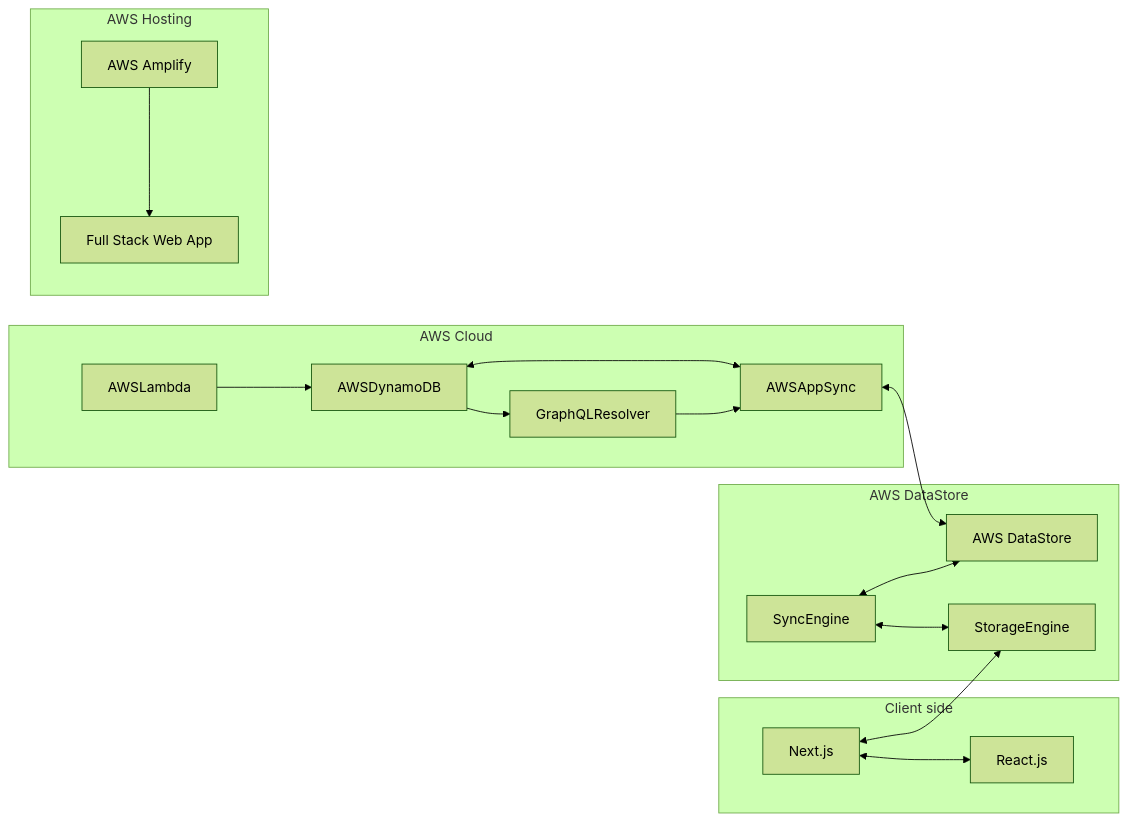
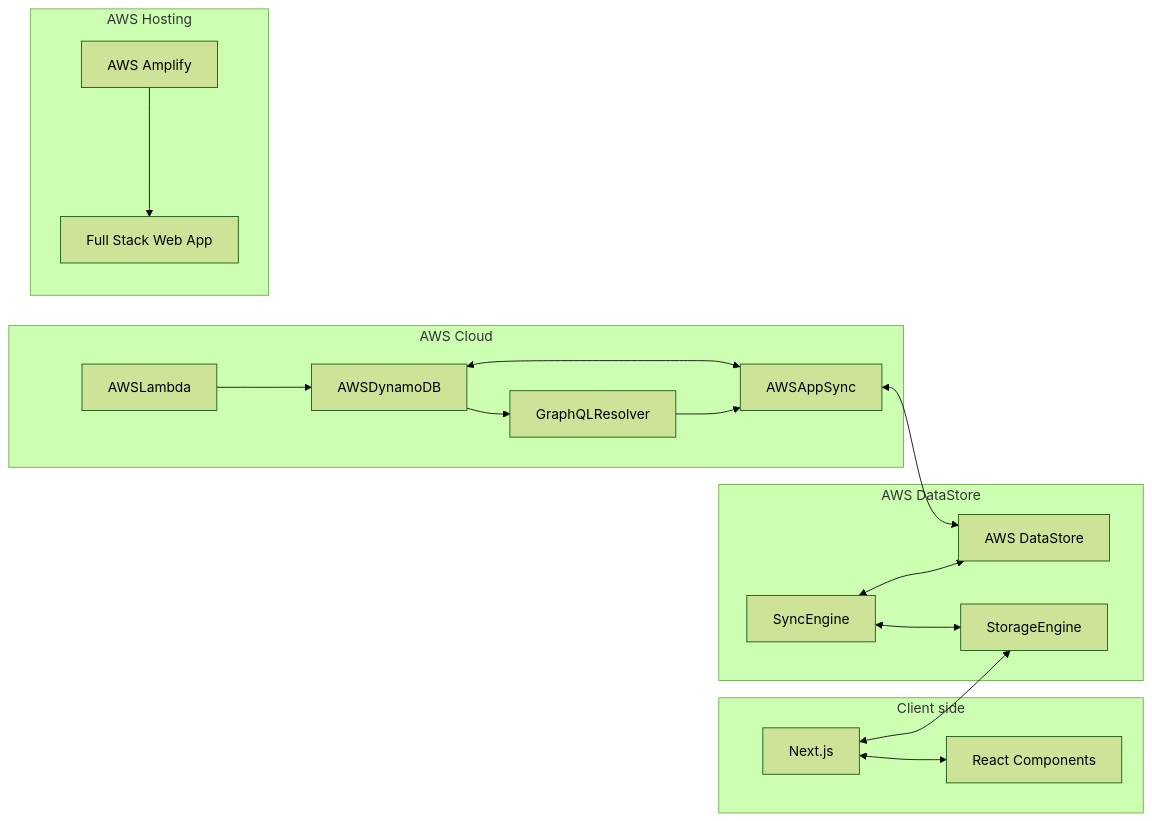
One commit to Sardor-M/Quote-Pulse changed the diagram in README.md. Above: the diagram before and after it, drawn with Mermaid (forest theme).

Commit message:
minor issue: fixed

````diff
--- a/README.md
+++ b/README.md
@@ -26,30 +26,30 @@
 ```mermaid
 graph LR
   subgraph "Client side"
-    React[React.js]
+    React[React Components]
     Next[Next.js]
   end
 
   Next <--> React
   Next <--> StorageEngine
 
   subgraph "AWS DataStore"
     SyncEngine <-->StorageEngine
     SyncEngine <-->
     AWSDataStore[AWS DataStore]
   end
 
   subgraph "AWS Cloud"
     AWSLambda -->
     AWSDynamoDB --> GraphQLResolver
     AWSAppSync <--> AWSDataStore
     GraphQLResolver --> 
     AWSAppSync <--> AWSDynamoDB
   end
 
 subgraph "AWS Hosting"
     Amplify[AWS Amplify]
     ---> FullStack[Full Stack Web App]
   end
 
 ```
````
